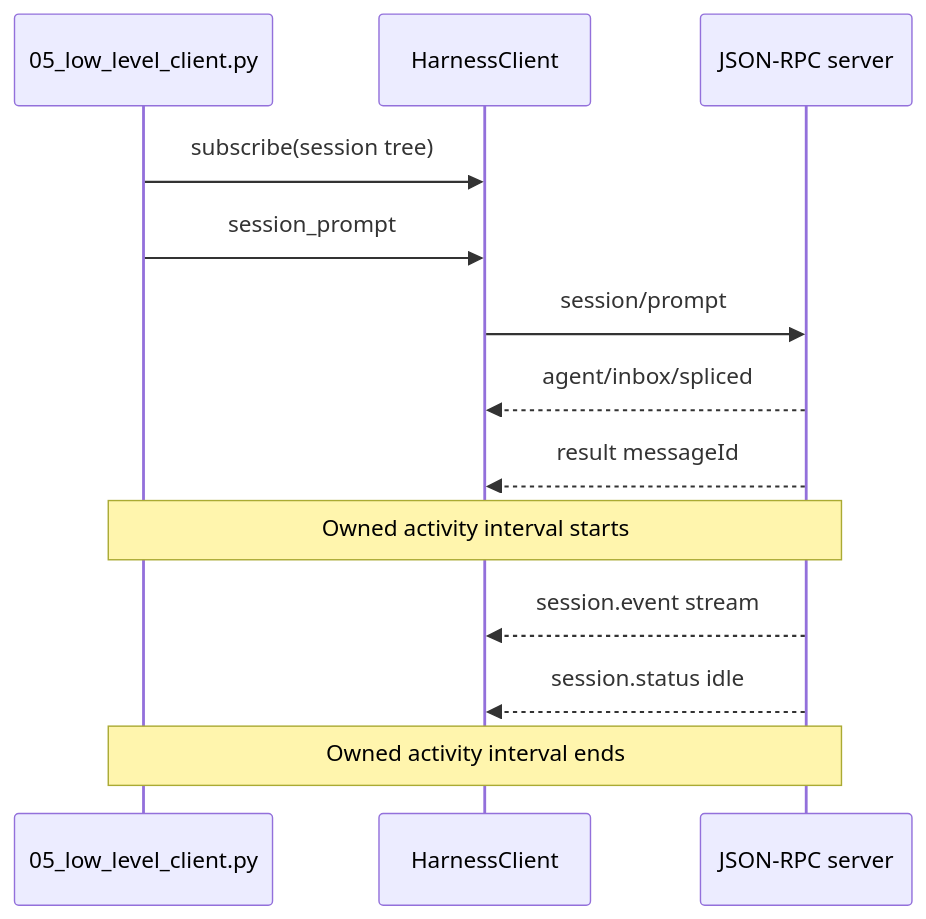
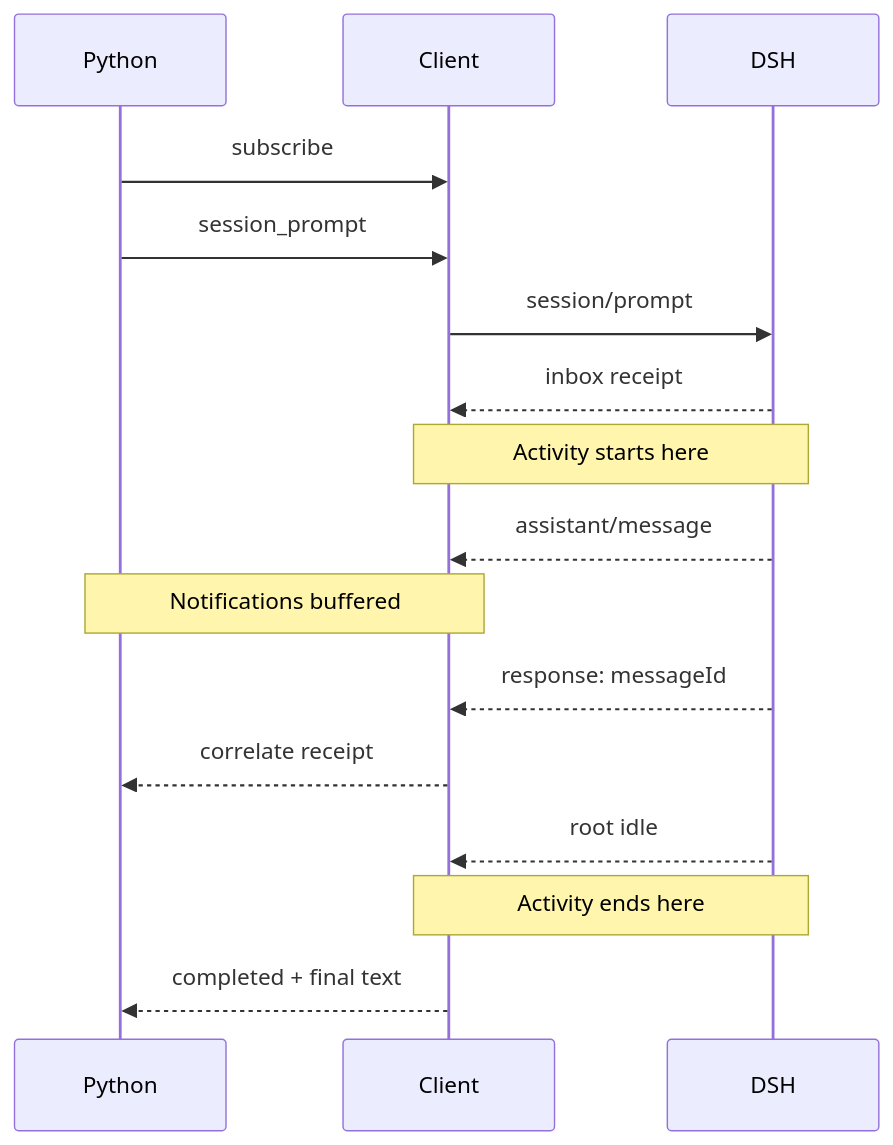
The diagram in tutorials/python-sdk/tutorials/05-low-level-client.md (eriklee1895/hands-on-dsh), drawn with Mermaid before and after one commit. The commit also changed other lines of this file and 86 other files, not shown here.

Commit message:
docs: improve course narrative, technical guidance, and diagrams

````diff
--- a/tutorials/python-sdk/tutorials/05-low-level-client.md
+++ b/tutorials/python-sdk/tutorials/05-low-level-client.md
@@ -28,15 +32,18 @@
 ```mermaid
 sequenceDiagram
-    participant App as 05_low_level_client.py
-    participant Client as HarnessClient
-    participant Runtime as JSON-RPC server
-    App->>Client: subscribe(session tree)
-    App->>Client: session_prompt
-    Client->>Runtime: session/prompt
-    Runtime-->>Client: agent/inbox/spliced
-    Runtime-->>Client: result messageId
-    Note over App,Runtime: Owned activity interval starts
-    Runtime-->>Client: session.event stream
-    Runtime-->>Client: session.status idle
-    Note over App,Runtime: Owned activity interval ends
+    participant A as Python
+    participant C as Client
+    participant R as DSH
+    A->>C: subscribe
+    A->>C: session_prompt
+    C->>R: session/prompt
+    R-->>C: inbox receipt
+    Note over C,R: Activity starts here
+    R-->>C: assistant/message
+    Note over A,C: Notifications buffered
+    R-->>C: response: messageId
+    C-->>A: correlate receipt
+    R-->>C: root idle
+    Note over C,R: Activity ends here
+    C-->>A: completed + final text
 ```
````
